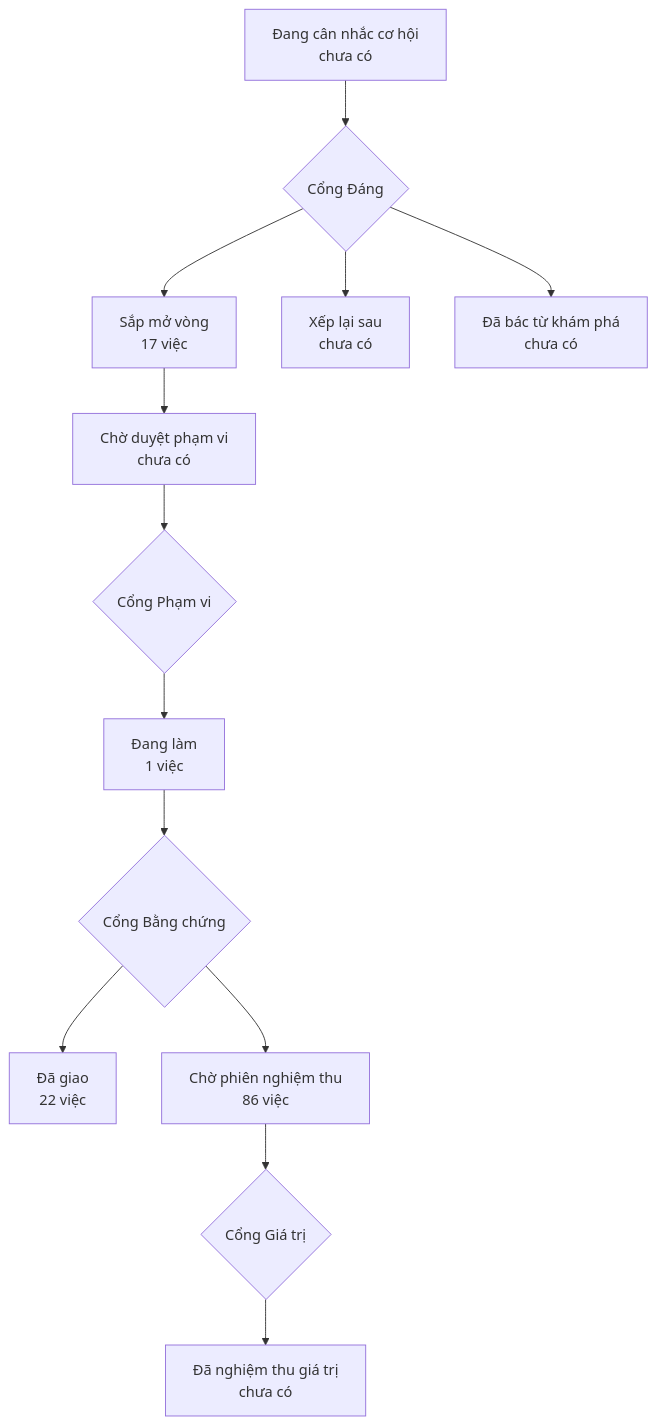
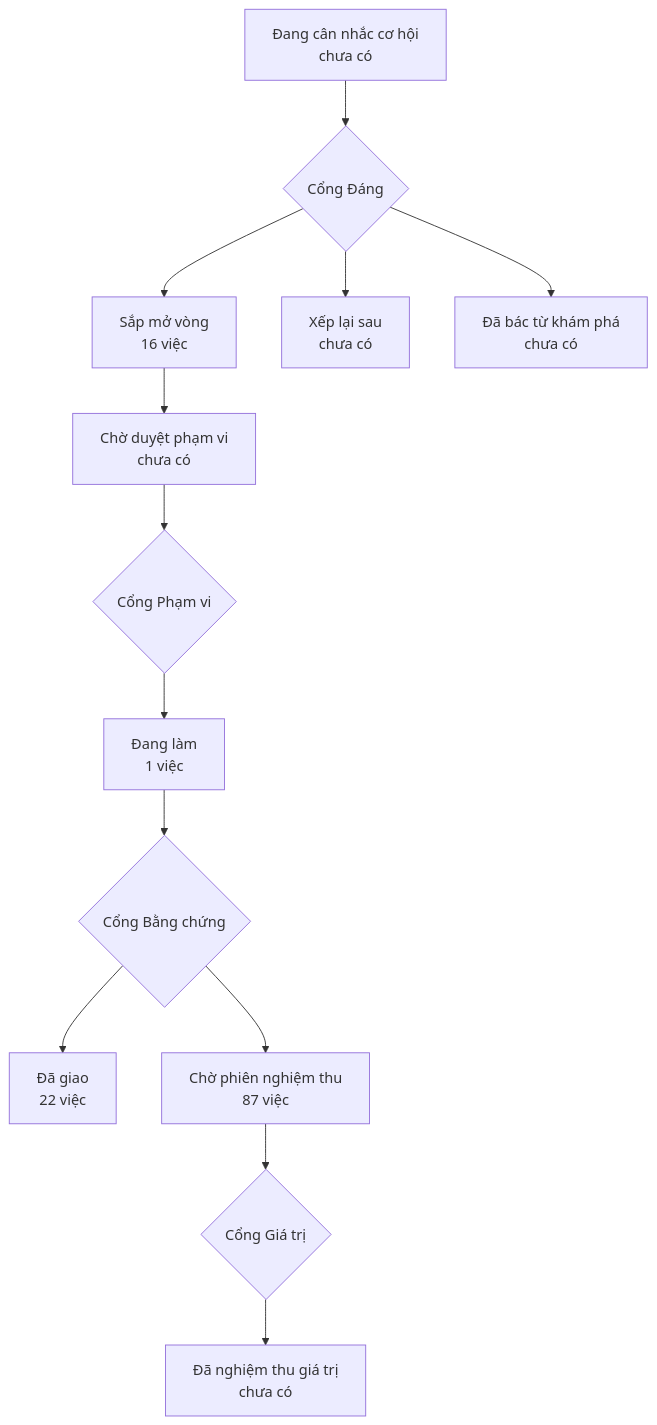
One commit to phanlemanh/onehub-quy-hang changed the diagram in PRODUCT-MAP.md. Above: the diagram before and after it, drawn with Mermaid. The commit also changed other lines of this file and 2 other files, not shown here.

Commit message:
chore: vẽ lại bản đồ, lộ trình, ghim khuôn sau gộp main

````diff
--- a/PRODUCT-MAP.md
+++ b/PRODUCT-MAP.md
@@ -7,12 +7,12 @@
 ```mermaid
 flowchart TD
   A["Đang cân nhắc cơ hội<br/>chưa có"] --> GD{"Cổng Đáng"}
-  GD --> B["Sắp mở vòng<br/>17 việc"]
+  GD --> B["Sắp mở vòng<br/>16 việc"]
   GD --> XL["Xếp lại sau<br/>chưa có"]
   GD --> DB["Đã bác từ khám phá<br/>chưa có"]
   B --> CD["Chờ duyệt phạm vi<br/>chưa có"] --> GP{"Cổng Phạm vi"}
   GP --> DL["Đang làm<br/>1 việc"] --> GB{"Cổng Bằng chứng"}
   GB --> DG["Đã giao<br/>22 việc"]
-  GB --> CN["Chờ phiên nghiệm thu<br/>86 việc"] --> GG{"Cổng Giá trị"}
+  GB --> CN["Chờ phiên nghiệm thu<br/>87 việc"] --> GG{"Cổng Giá trị"}
   GG --> NT["Đã nghiệm thu giá trị<br/>chưa có"]
 ```
````
